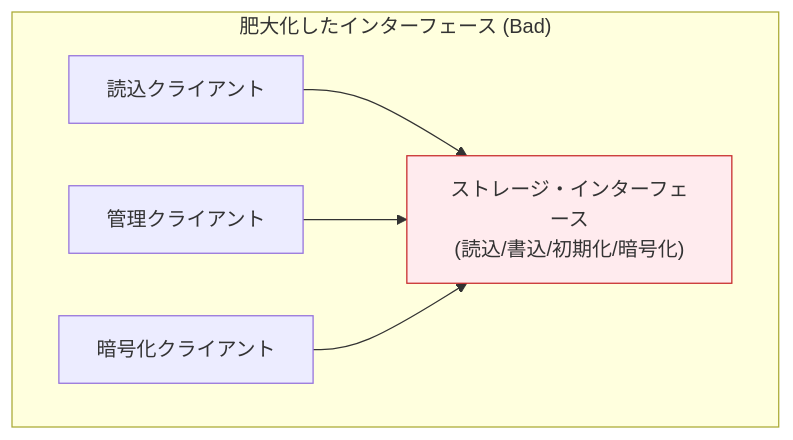
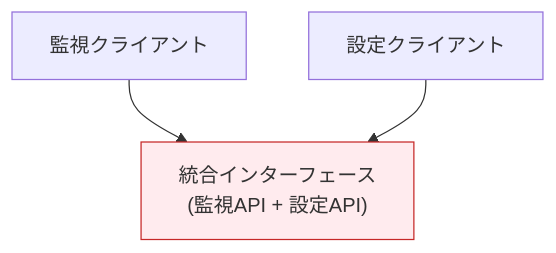
The first of 7 diagrams in 02_章別/15_第2部 第11章 インターフェース分離原則 (ISP) 不要な依存の排除とモジュール結合度の最小化_01.md (kumachan1101/BookProject), drawn with Mermaid before and after one commit. The commit also changed other lines of this file and 109 other files, not shown here.

````diff
--- a/02_章別/15_第2部 第11章 インターフェース分離原則 (ISP) 不要な依存の排除とモジュール結合度の最小化_01.md
+++ b/02_章別/15_第2部 第11章 インターフェース分離原則 (ISP) 不要な依存の排除とモジュール結合度の最小化_01.md
@@ -27,10 +53,8 @@
 ```mermaid
 graph TB
-      subgraph "肥大化したインターフェース (Bad)"
-          IF_All["ストレージ・インターフェース<br/>(読込/書込/初期化/暗号化)"]
-          ClientA["読込クライアント"] --> IF_All
-          ClientB["管理クライアント"] --> IF_All
-          ClientC["暗号化クライアント"] --> IF_All
-      end
+      IF_All["統合インターフェース<br/>(監視API + 設定API)"]
+      ClientA["監視クライアント"] --> IF_All
+      ClientB["設定クライアント"] --> IF_All
+
       style IF_All fill:#ffebee,stroke:#c62828
 ```
````
